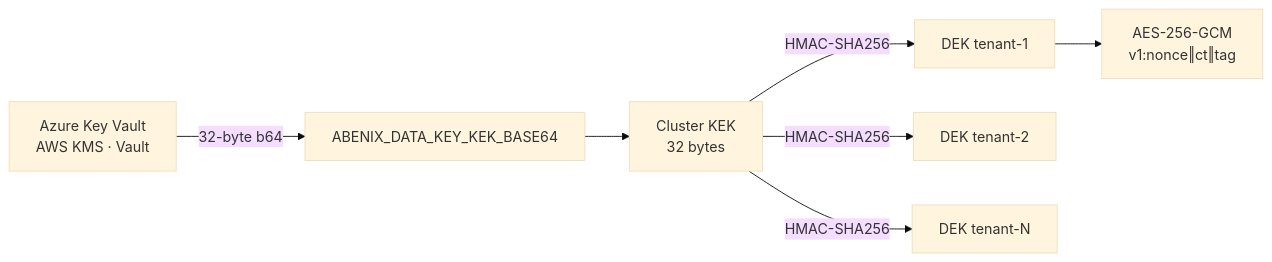
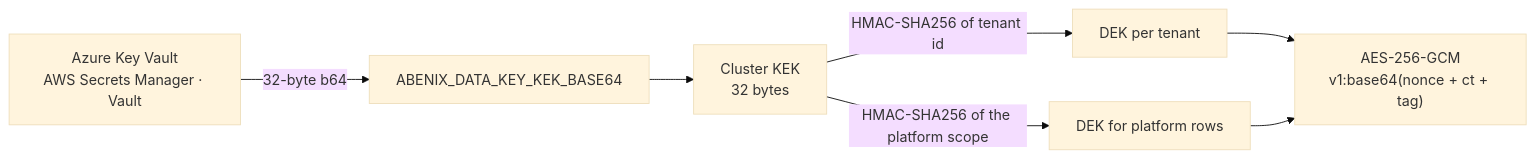
One commit to sarkar4777/abenix changed the diagram in docs/08-howto/06-encryption-setup.md. Above: the diagram before and after it, drawn with Mermaid (base theme). The commit also changed other lines of this file and 288 other files, not shown here.

````diff
--- a/docs/08-howto/06-encryption-setup.md
+++ b/docs/08-howto/06-encryption-setup.md
@@ -11,9 +28,9 @@
 ```mermaid
 flowchart LR
-  KMS[Azure Key Vault<br/>AWS KMS · Vault] -->|32-byte b64| ENV[ABENIX_DATA_KEY_KEK_BASE64]
+  KMS[Azure Key Vault<br/>AWS Secrets Manager · Vault] -->|32-byte b64| ENV[ABENIX_DATA_KEY_KEK_BASE64]
   ENV --> KEK[Cluster KEK<br/>32 bytes]
-  KEK -->|HMAC-SHA256| DEK_T1[DEK tenant-1]
-  KEK -->|HMAC-SHA256| DEK_T2[DEK tenant-2]
-  KEK -->|HMAC-SHA256| DEK_TN[DEK tenant-N]
-  DEK_T1 --> CT[AES-256-GCM<br/>v1:nonce‖ct‖tag]
+  KEK -->|HMAC-SHA256 of tenant id| DEK_T[DEK per tenant]
+  KEK -->|HMAC-SHA256 of the platform scope| DEK_P[DEK for platform rows]
+  DEK_T --> CT["AES-256-GCM<br/>v1:base64(nonce + ct + tag)"]
+  DEK_P --> CT
 ```
````
